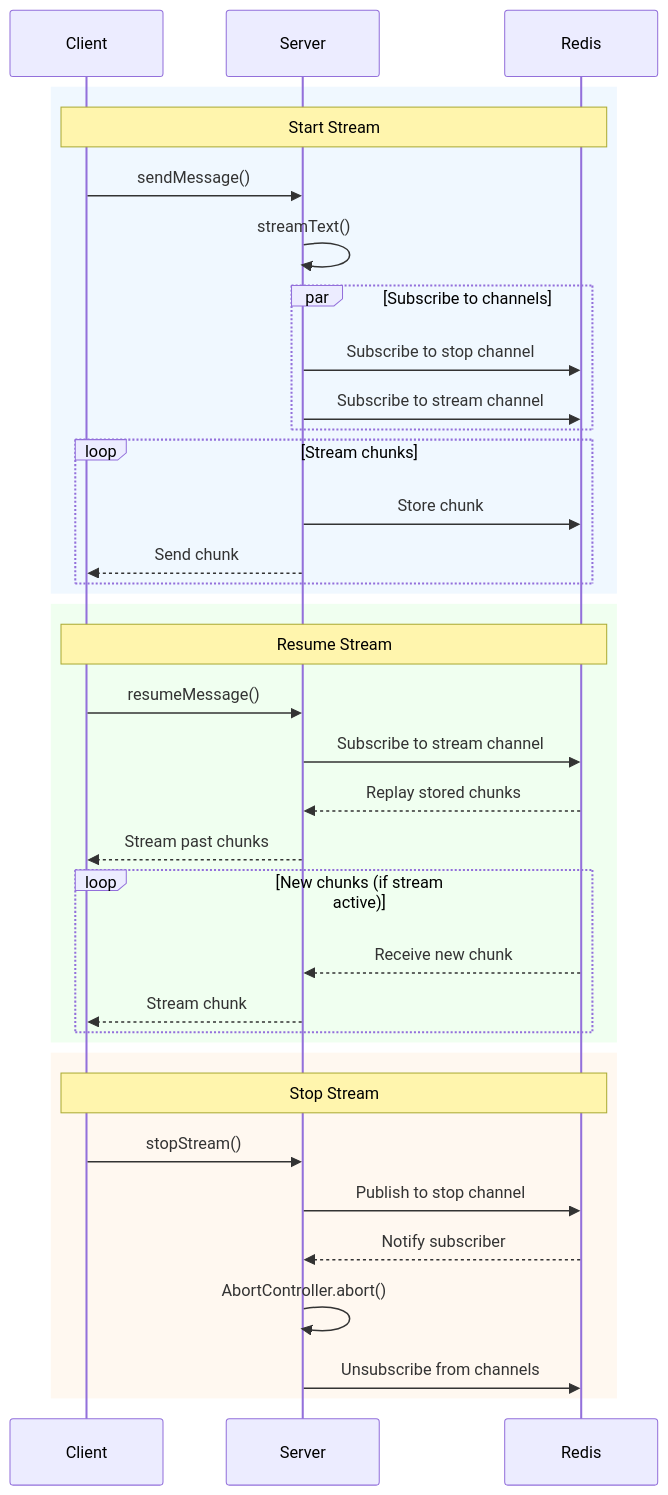
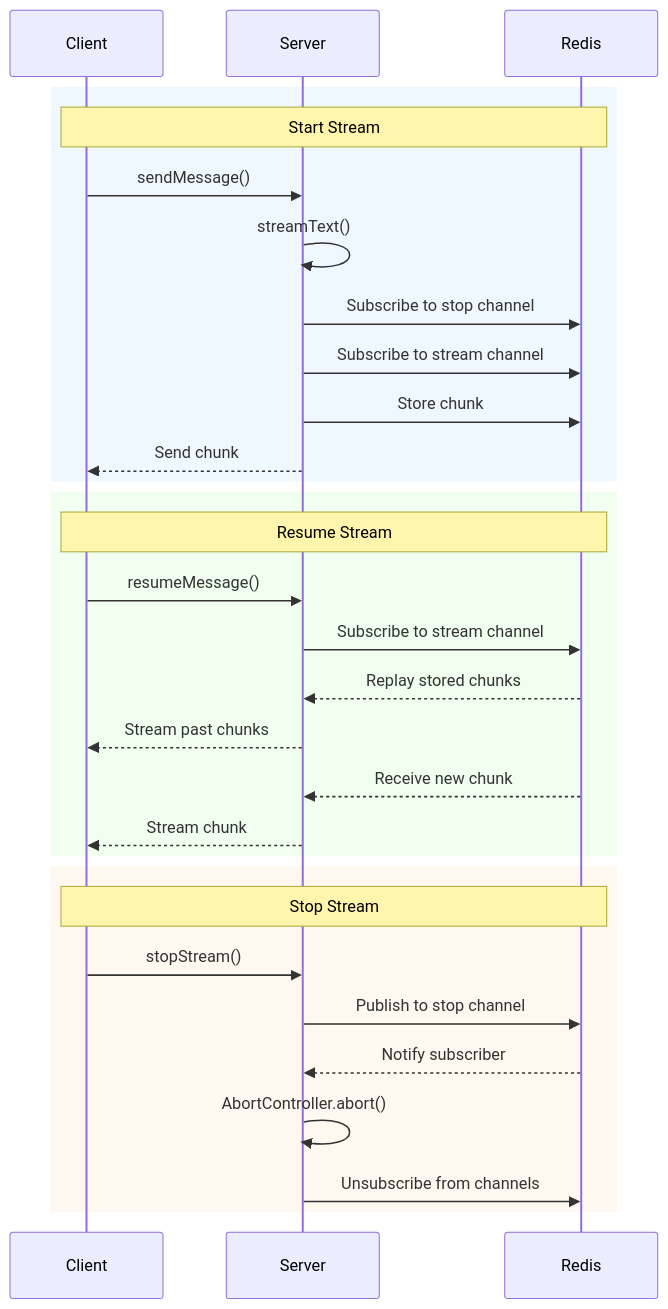
Before and after one commit to zirkelc/ai-resumable-stream: the diagram in README.md, drawn with Mermaid.

````diff
--- a/README.md
+++ b/README.md
@@ -29,41 +29,35 @@
 ```mermaid
 sequenceDiagram
     participant Client
     participant Server
     participant Redis
 
     rect rgb(240, 248, 255)
         Note over Client,Redis: Start Stream
         Client->>Server: sendMessage()
         Server->>Server: streamText()
-        par Subscribe to channels
-            Server->>Redis: Subscribe to stop channel
-            Server->>Redis: Subscribe to stream channel
-        end
-        loop Stream chunks
-            Server->>Redis: Store chunk
-            Server-->>Client: Send chunk
-        end
+        Server->>Redis: Subscribe to stop channel
+        Server->>Redis: Subscribe to stream channel
+        Server->>Redis: Store chunk
+        Server-->>Client: Send chunk
     end
 
     rect rgb(240, 255, 240)
         Note over Client,Redis: Resume Stream
         Client->>Server: resumeMessage()
         Server->>Redis: Subscribe to stream channel
         Redis-->>Server: Replay stored chunks
         Server-->>Client: Stream past chunks
-        loop New chunks (if stream active)
-            Redis-->>Server: Receive new chunk
-            Server-->>Client: Stream chunk
-        end
+        Redis-->>Server: Receive new chunk
+        Server-->>Client: Stream chunk
     end
 
     rect rgb(255, 248, 240)
         Note over Client,Redis: Stop Stream
         Client->>Server: stopStream()
         Server->>Redis: Publish to stop channel
         Redis-->>Server: Notify subscriber
         Server->>Server: AbortController.abort()
         Server->>Redis: Unsubscribe from channels
     end
 ```
````
